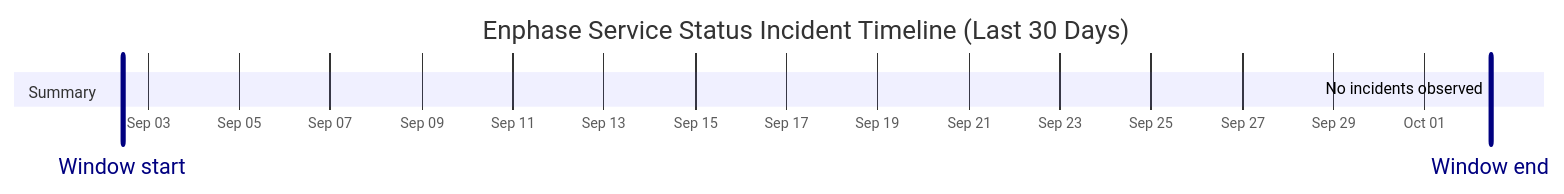
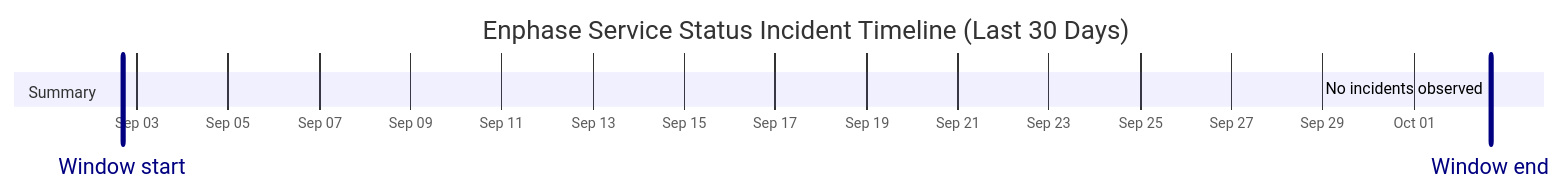
One commit to barneyonline/ha-enphase-energy changed the diagram in wiki/Service-Status-History.md. Above: the diagram before and after it, drawn with Mermaid. The commit also changed other lines of this file and 3 other files, not shown here.

````diff
--- a/wiki/Service-Status-History.md
+++ b/wiki/Service-Status-History.md
@@ -14,10 +14,10 @@
 ```mermaid
 gantt
     title Enphase Service Status Incident Timeline (Last 30 Days)
     dateFormat  YYYY-MM-DDTHH:mm:ss
     axisFormat  %b %d
-    Window start :vert, window-start, 2026-09-02T10:38:21, 0ms
-    Window end :vert, window-end, 2026-10-02T10:38:21, 0ms
+    Window start :vert, window-start, 2026-09-02T16:29:00, 0ms
+    Window end :vert, window-end, 2026-10-02T16:29:00, 0ms
     section Summary
-    No incidents observed :done, 2026-10-02T10:38:21, 1m
+    No incidents observed :done, 2026-10-02T16:29:00, 1m
 ```
````
